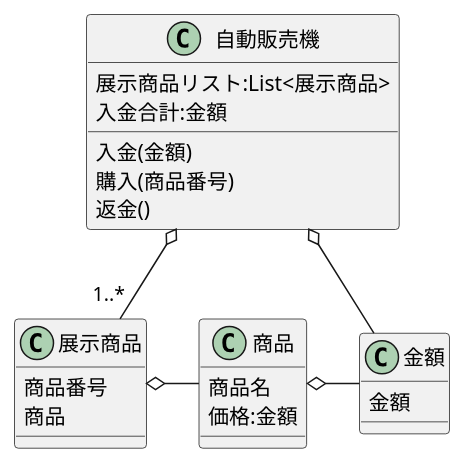
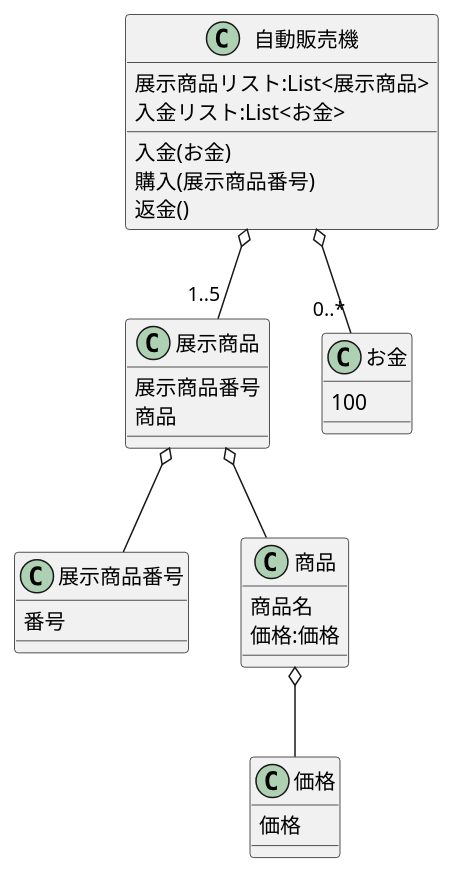
One commit to TakashiOnawa/ModelingPractice-VendingMachine changed the diagram in modeling/DomainModel.md. Above: the diagram before and after it, drawn with PlantUML. The commit also changed 12 other files, not shown here.

````diff
--- a/modeling/DomainModel.md
+++ b/modeling/DomainModel.md
@@ -1,34 +1,45 @@
 ```puml
 @startuml
 class 自動販売機
 {
     展示商品リスト:List<展示商品>
-    入金合計:金額
-    入金(金額)
-    購入(商品番号)
+    入金リスト:List<お金>
+    入金(お金)
+    購入(展示商品番号)
     返金()
 }
 
 class 展示商品
 {
-    商品番号
+    展示商品番号
     商品
+}
+
+class 展示商品番号
+{
+    番号
 }
 
 class 商品
 {
     商品名
-    価格:金額
+    価格:価格
 }
 
-class 金額
+class お金
 {
-    金額
+    100
 }
 
-自動販売機 o-- "1..*" 展示商品
-自動販売機 o- 金額
-展示商品 o- 商品
-商品 o- 金額
+class 価格
+{
+    価格
+}
+
+自動販売機 o-- "1..5" 展示商品
+自動販売機 o-- "0..*" お金
+展示商品 o-- 展示商品番号
+展示商品 o-- 商品
+商品 o-- 価格
 @enduml
 ```
````
